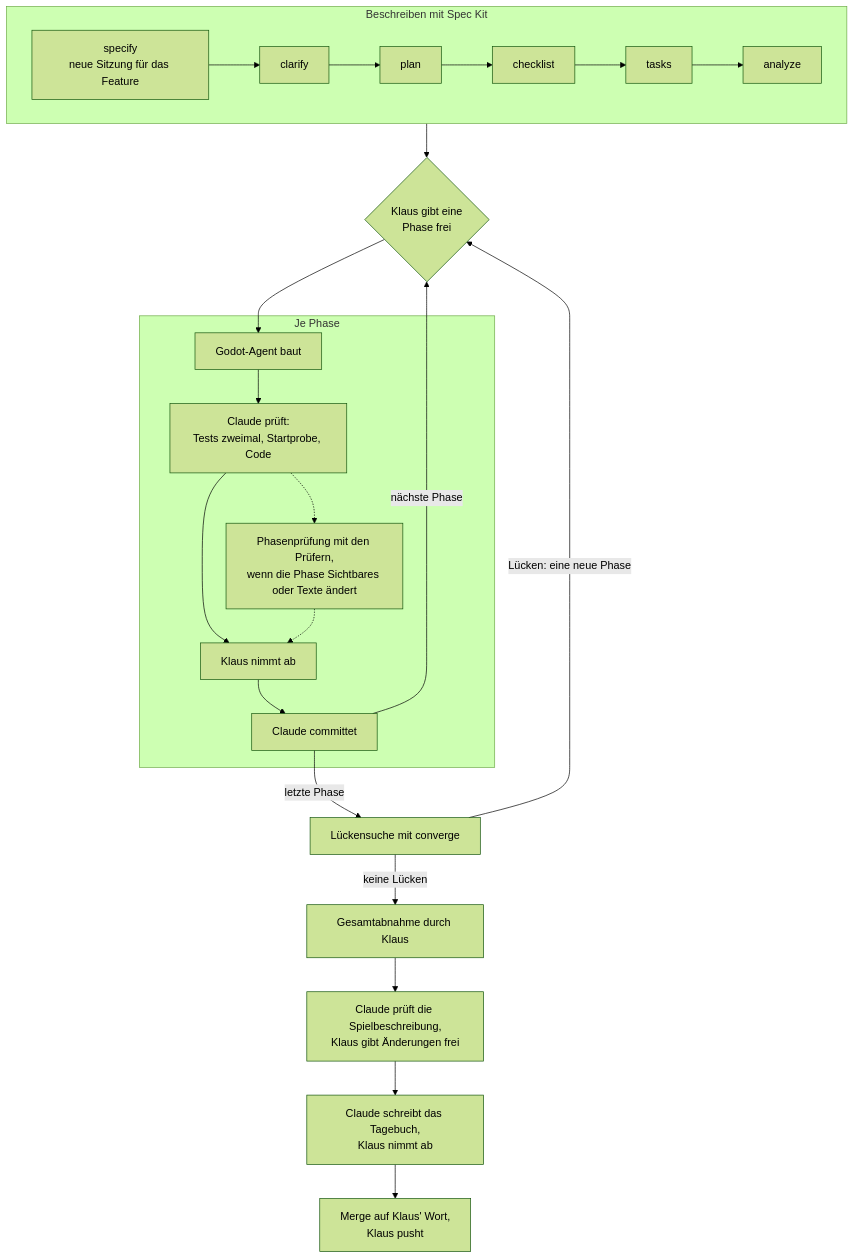
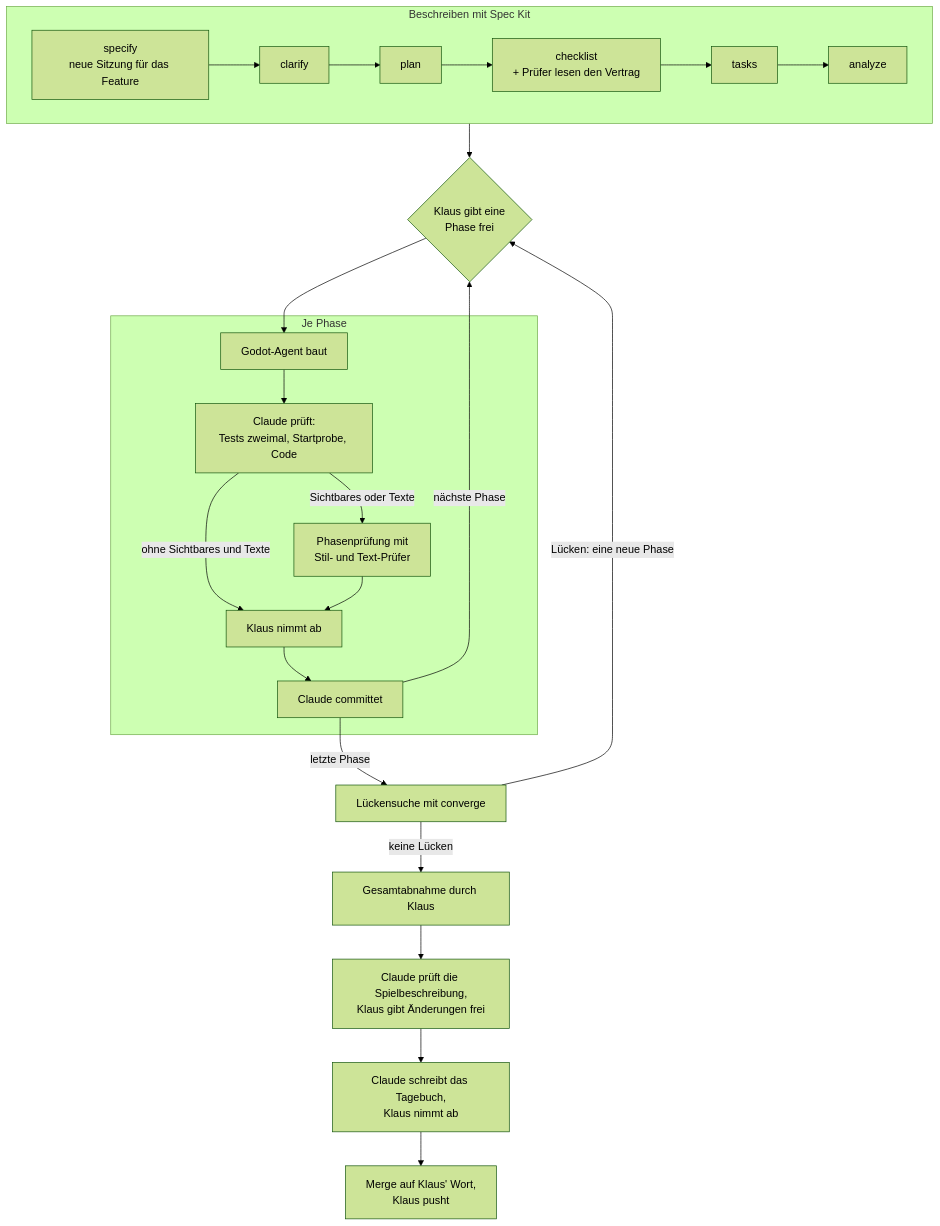
Before and after one commit to klausmoster/DerComputerladen: the diagram in docs/ki_workflow/ki_dev.md, drawn with Mermaid (forest theme). The commit also changed other lines of this file and 10 other files, not shown here.

````diff
--- a/docs/ki_workflow/ki_dev.md
+++ b/docs/ki_workflow/ki_dev.md
@@ -25,23 +25,23 @@
 ```mermaid
 flowchart TD
     subgraph beschreiben["Beschreiben mit Spec Kit"]
         direction LR
-        S1["specify<br/>neue Sitzung für das Feature"] --> S2["clarify"] --> S3["plan"] --> S4["checklist"] --> S5["tasks"] --> S6["analyze"]
+        S1["specify<br/>neue Sitzung für das Feature"] --> S2["clarify"] --> S3["plan"] --> S4["checklist<br/>+ Prüfer lesen den Vertrag"] --> S5["tasks"] --> S6["analyze"]
     end
     beschreiben --> F{"Klaus gibt eine<br/>Phase frei"}
     subgraph phase["Je Phase"]
         B["Godot-Agent baut"] --> CP["Claude prüft:<br/>Tests zweimal, Startprobe, Code"]
-        CP --> AB["Klaus nimmt ab"]
-        CP -.-> P["Phasenprüfung mit den Prüfern,<br/>wenn die Phase Sichtbares oder Texte ändert"]
-        P -.-> AB
+        CP -->|"ohne Sichtbares und Texte"| AB["Klaus nimmt ab"]
+        CP -->|"Sichtbares oder Texte"| P["Phasenprüfung mit<br/>Stil- und Text-Prüfer"]
+        P --> AB
         AB --> CO["Claude committet"]
     end
     F --> B
     CO -->|"nächste Phase"| F
     CO -->|"letzte Phase"| CV["Lückensuche mit converge"]
     CV -->|"Lücken: eine neue Phase"| F
     CV -->|"keine Lücken"| GA["Gesamtabnahme durch Klaus"]
     GA --> SB["Claude prüft die Spielbeschreibung,<br/>Klaus gibt Änderungen frei"]
     SB --> TB["Claude schreibt das Tagebuch,<br/>Klaus nimmt ab"]
     TB --> M["Merge auf Klaus' Wort,<br/>Klaus pusht"]
 ```
````
